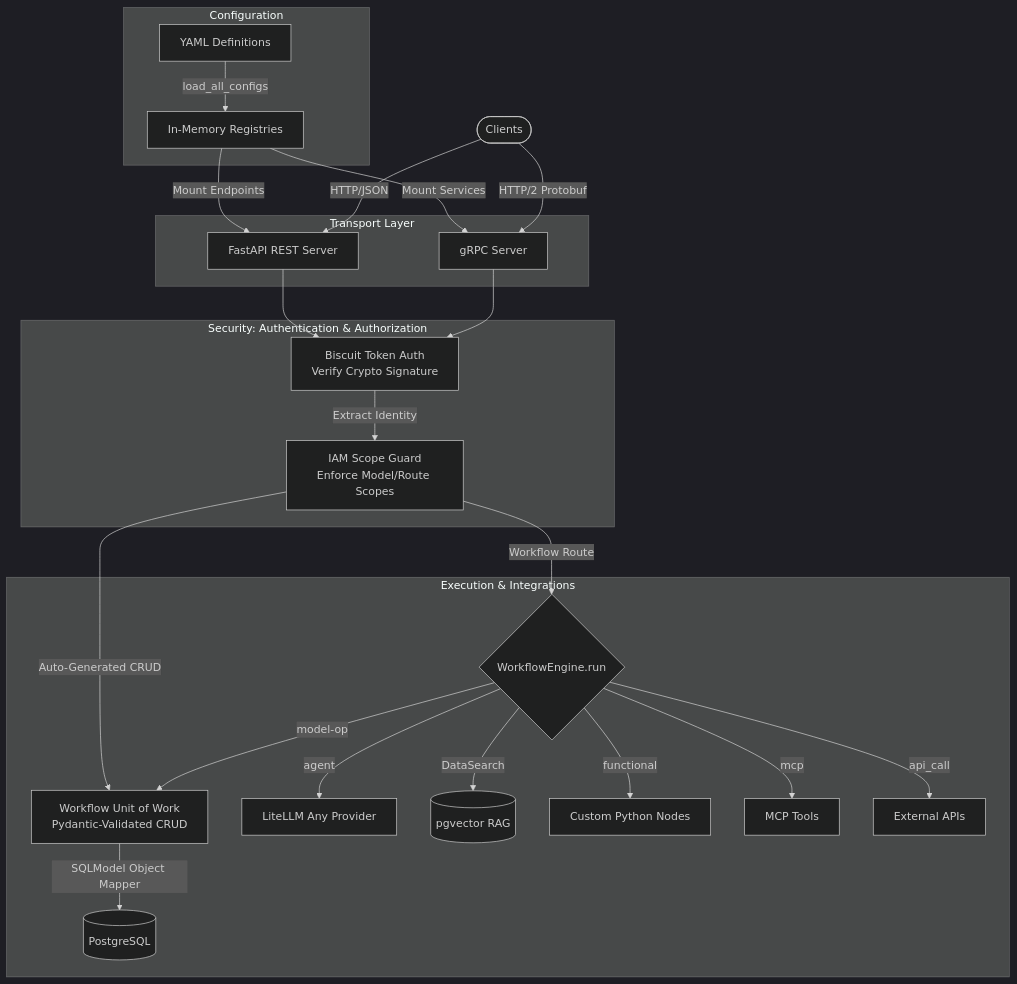
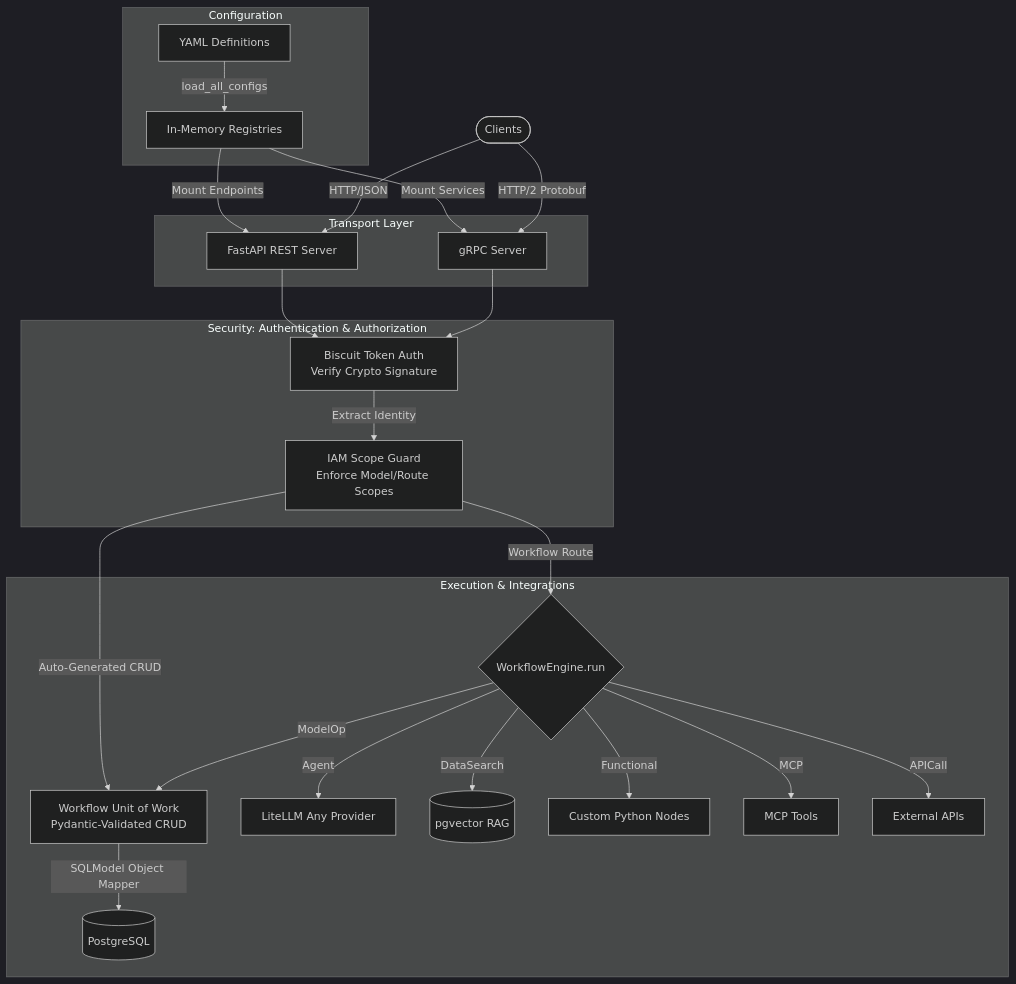
Before and after one commit to tuvl-io/docs: the first of 2 diagrams in docs/concepts/architecture.md, drawn with Mermaid (dark theme). The commit also changed other lines of this file and 21 other files, not shown here.

````diff
--- a/docs/concepts/architecture.md
+++ b/docs/concepts/architecture.md
@@ -16,33 +16,33 @@
 ```mermaid
 flowchart TD
     subgraph Configuration
         YAML[YAML Definitions] -->|load_all_configs| Reg[In-Memory Registries]
     end
 
     subgraph Transport Layer
         Reg -->|Mount Endpoints| REST[FastAPI REST Server]
         Reg -->|Mount Services| GRPC[gRPC Server]
     end
 
     Client([Clients]) -->|HTTP/JSON| REST
     Client -->|HTTP/2 Protobuf| GRPC
 
     subgraph Security: Authentication & Authorization
         REST --> Auth[Biscuit Token Auth<br>Verify Crypto Signature]
         GRPC --> Auth
         Auth -->|Extract Identity| AuthZ[IAM Scope Guard<br>Enforce Model/Route Scopes]
     end
 
     AuthZ -->|Workflow Route| Engine{WorkflowEngine.run}
     AuthZ -->|Auto-Generated CRUD| UoW[Workflow Unit of Work<br>Pydantic-Validated CRUD]
 
     subgraph Execution & Integrations
-        Engine -->|model-op| UoW
+        Engine -->|ModelOp| UoW
         UoW -->|SQLModel Object Mapper| PG[(PostgreSQL)]
-        Engine -->|agent| LLM[LiteLLM Any Provider]
+        Engine -->|Agent| LLM[LiteLLM Any Provider]
         Engine -->|DataSearch| RAG[(pgvector RAG)]
-        Engine -->|functional| Nodes[Custom Python Nodes]
-        Engine -->|mcp| MCP[MCP Tools]
-        Engine -->|api_call| ExtAPI[External APIs]
+        Engine -->|Functional| Nodes[Custom Python Nodes]
+        Engine -->|MCP| MCP[MCP Tools]
+        Engine -->|APICall| ExtAPI[External APIs]
     end
 ```
````
